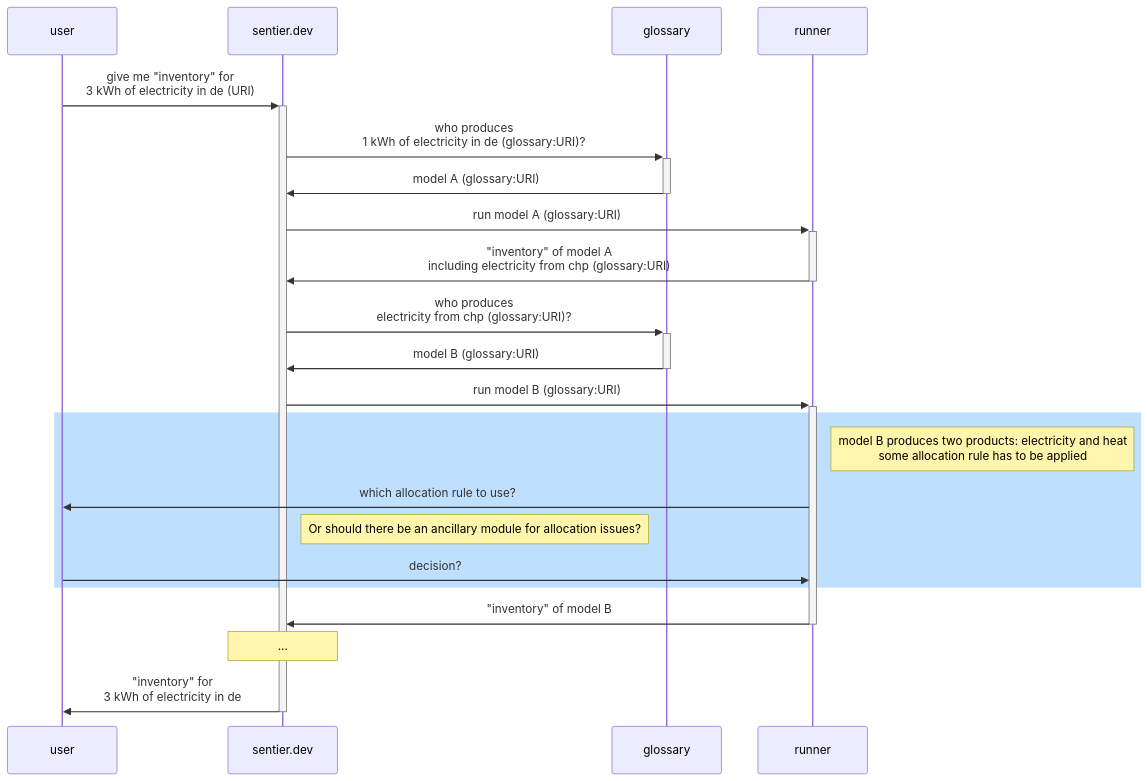
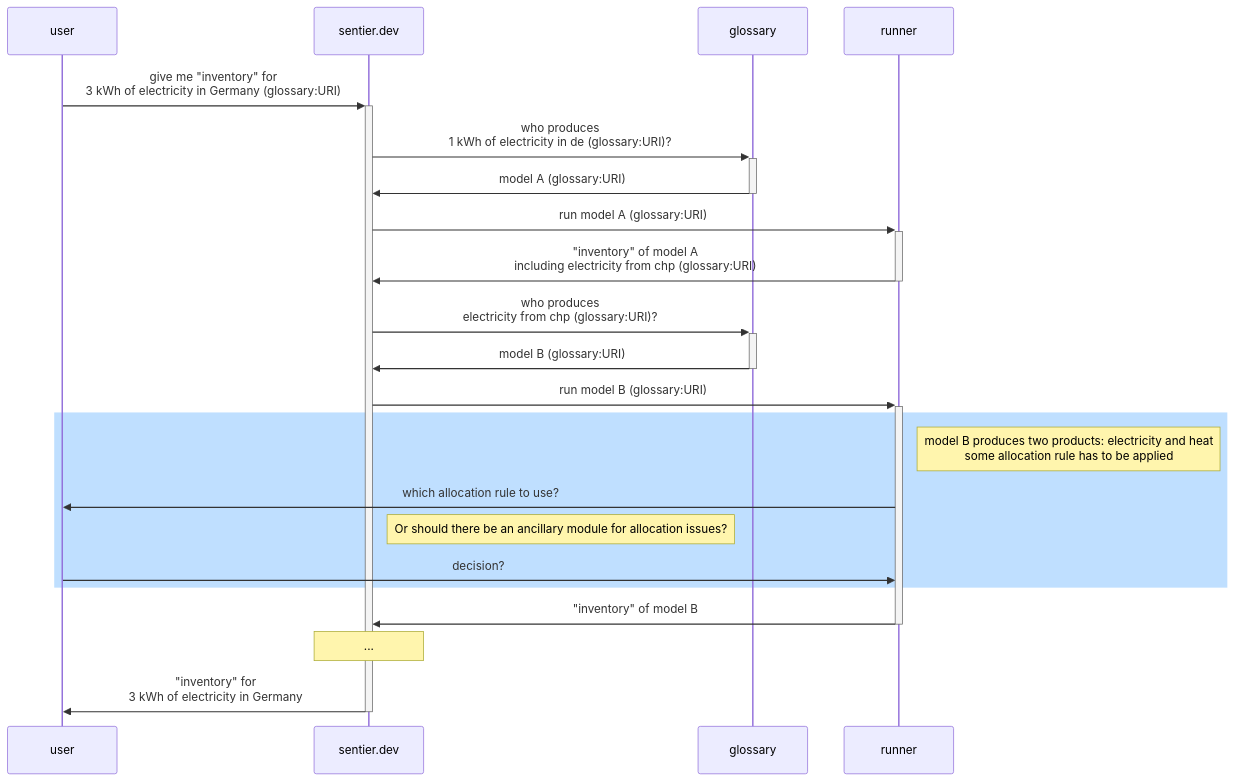
One commit to YannickSchubert/moeschberg_example_models changed the first of 2 diagrams in README.md. Above: the diagram before and after it, drawn with Mermaid. The commit also changed other lines of this file, not shown here.

````diff
--- a/README.md
+++ b/README.md
@@ -21,20 +21,20 @@
 ```mermaid
 sequenceDiagram
-user->>+sentier.dev: give me "inventory" for<br/>3 kWh of electricity in de (URI)
+user->>+sentier.dev: give me "inventory" for<br/>3 kWh of electricity in Germany (glossary:URI)
 sentier.dev->>+glossary: who produces<br/>1 kWh of electricity in de (glossary:URI)?
 glossary->>-sentier.dev: model A (glossary:URI)
 sentier.dev->>+runner: run model A (glossary:URI)
 runner->>-sentier.dev: "inventory" of model A<br/>including electricity from chp (glossary:URI)
 sentier.dev->>+glossary: who produces<br/>electricity from chp (glossary:URI)?
 glossary->>-sentier.dev: model B (glossary:URI)
 sentier.dev->>+runner: run model B (glossary:URI)
 rect rgb(191, 223, 255)
 note right of runner: model B produces two products: electricity and heat<br/>some allocation rule has to be applied
 runner->>user: which allocation rule to use?
 note right of sentier.dev: Or should there be an ancillary module for allocation issues?
 user->>runner: decision?
 end
 runner->>-sentier.dev: "inventory" of model B
 note over sentier.dev: ...
-sentier.dev->>-user: "inventory" for<br/>3 kWh of electricity in de
+sentier.dev->>-user: "inventory" for<br/>3 kWh of electricity in Germany
 ```
````
